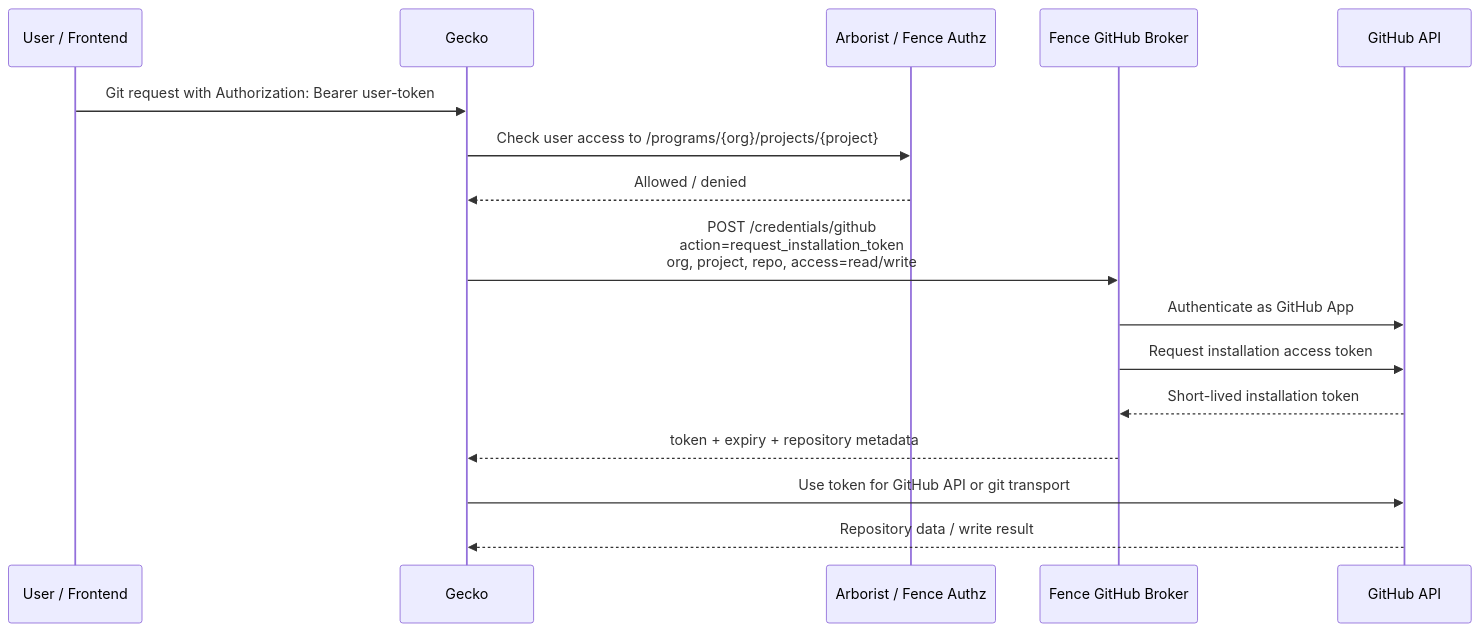
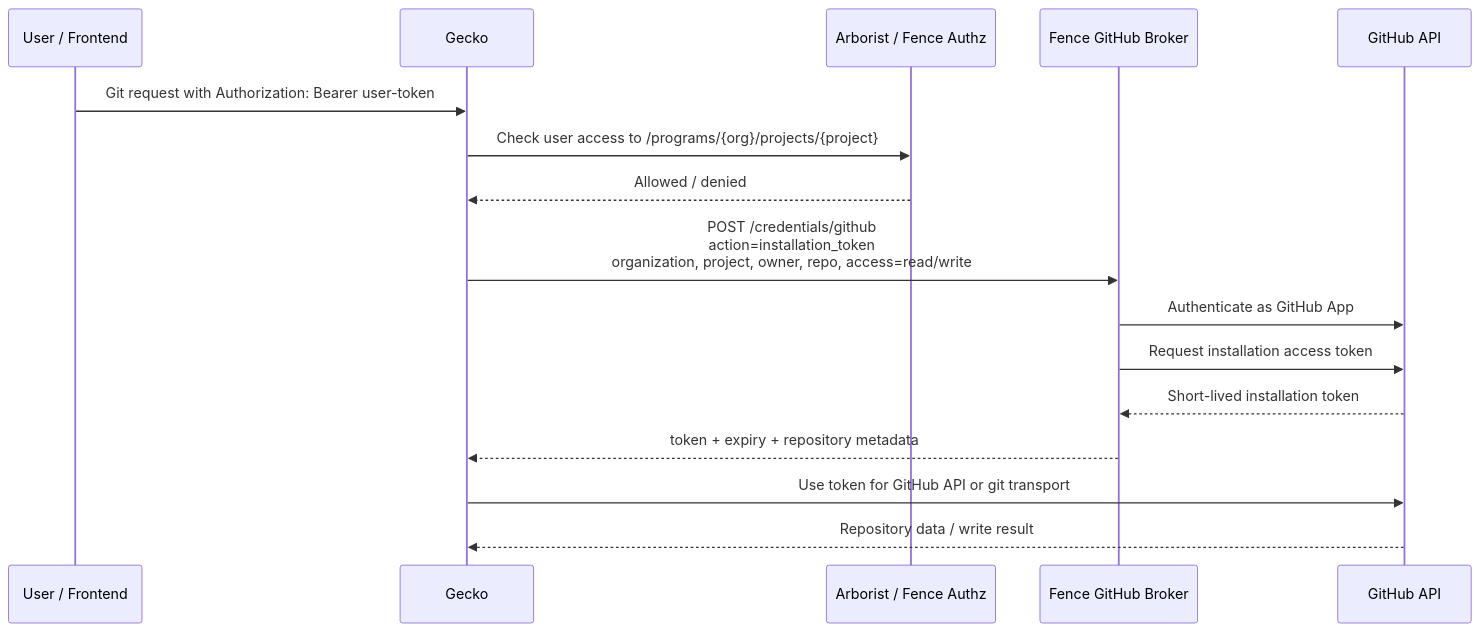
The second of 5 diagrams in docs/git-token-design.md (calypr/gecko), drawn with Mermaid before and after one commit. The commit also changed other lines of this file, not shown here.

````diff
--- a/docs/git-token-design.md
+++ b/docs/git-token-design.md
@@ -81,21 +81,21 @@
 ```mermaid
 sequenceDiagram
     participant U as User / Frontend
     participant G as Gecko
     participant A as Arborist / Fence Authz
     participant F as Fence GitHub Broker
     participant GH as GitHub API
 
     U->>G: Git request with Authorization: Bearer user-token
     G->>A: Check user access to /programs/{org}/projects/{project}
     A-->>G: Allowed / denied
 
-    G->>F: POST /credentials/github<br/>action=request_installation_token<br/>org, project, repo, access=read/write
+    G->>F: POST /credentials/github<br/>action=installation_token<br/>organization, project, owner, repo, access=read/write
     F->>GH: Authenticate as GitHub App
     F->>GH: Request installation access token
     GH-->>F: Short-lived installation token
     F-->>G: token + expiry + repository metadata
 
     G->>GH: Use token for GitHub API or git transport
     GH-->>G: Repository data / write result
 ```
````
